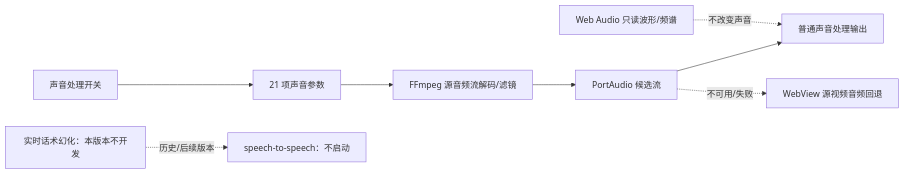
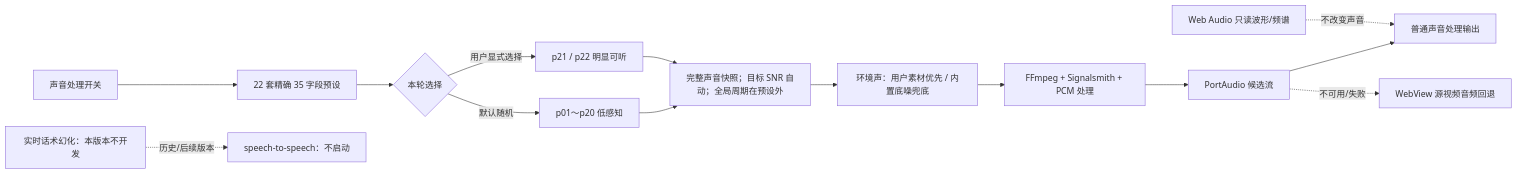
One commit to asd494235908/autolive changed the second of 5 diagrams in 桌面端功能流程图.md. Above: the diagram before and after it, drawn with Mermaid. The commit also changed other lines of this file and 212 other files, not shown here.

Commit message:
feat: complete desktop media pipeline and activation flow

````diff
--- a/桌面端功能流程图.md
+++ b/桌面端功能流程图.md
@@ -72,10 +99,16 @@
 ```mermaid
 flowchart LR
-    AudioSwitch[声音处理开关] --> Profile[21 项声音参数]
-    Profile --> FFmpeg[FFmpeg 源音频流解码/滤镜]
+    AudioSwitch[声音处理开关] --> Pool[22 套精确 35 字段预设]
+    Pool --> Select{本轮选择}
+    Select -->|默认随机| Low[p01～p20 低感知]
+    Select -->|用户显式选择| Loud[p21 / p22 明显可听]
+    Low --> Snapshot[完整声音快照；目标 SNR 自动；全局周期在预设外]
+    Loud --> Snapshot
+    Snapshot --> Environment[环境声：用户素材优先 / 内置底噪兜底]
+    Environment --> FFmpeg[FFmpeg + Signalsmith + PCM 处理]
     FFmpeg --> PortAudio[PortAudio 候选流]
     PortAudio --> Output[普通声音处理输出]
     PortAudio -.不可用/失败.-> Fallback[WebView 源视频音频回退]
     Diagnostic[Web Audio 只读波形/频谱] -.不改变声音.-> Output
     Realtime[实时话术幻化：本版本不开发] -.历史/后续版本.-> Speech[speech-to-speech：不启动]
 ```
````
